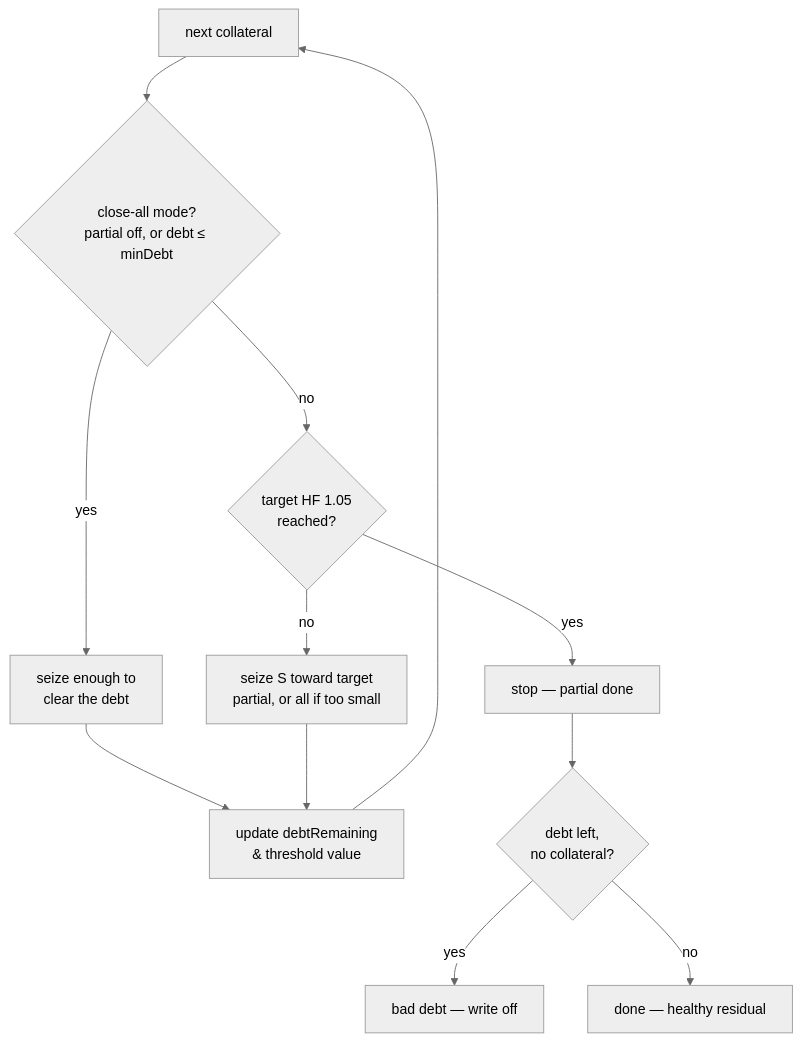
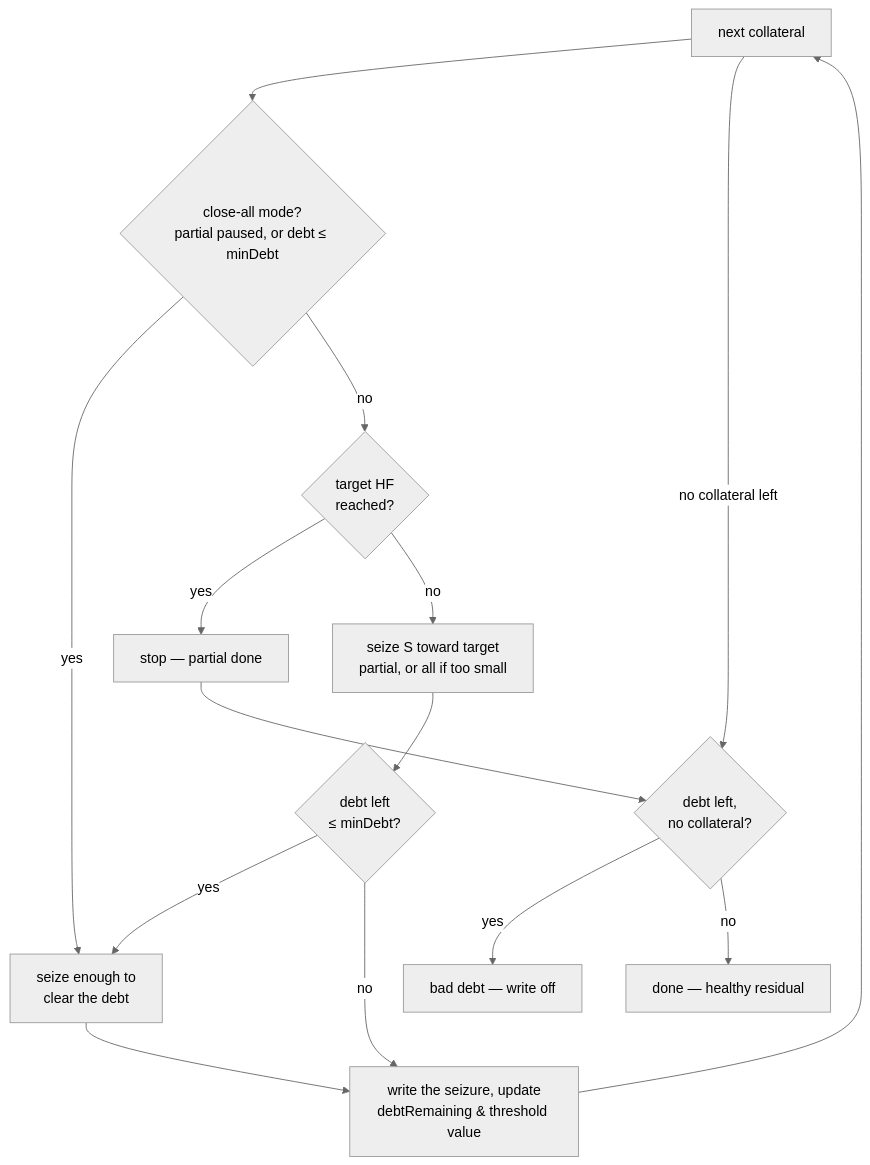
One commit to woof-software/comet changed the fourth of 6 diagrams in docs/liquidation.md. Above: the diagram before and after it, drawn with Mermaid (neutral theme). The commit also changed other lines of this file and 1 other file, not shown here.

Commit message:
docs: update document after mergin partial liq into Comet

````diff
--- a/docs/liquidation.md
+++ b/docs/liquidation.md
@@ -528,14 +461,17 @@
 ```mermaid
 flowchart TD
-    L["next collateral"] --> D1{"close-all mode?<br/>partial off, or debt ≤ minDebt"}
+    L["next collateral"] --> D1{"close-all mode?<br/>partial paused, or debt ≤ minDebt"}
     D1 -->|yes| C["seize enough to<br/>clear the debt"]
-    D1 -->|no| D2{"target HF 1.05<br/>reached?"}
+    D1 -->|no| D2{"target HF<br/>reached?"}
     D2 -->|yes| STOP["stop — partial done"]
     D2 -->|no| SZ["seize S toward target<br/>partial, or all if too small"]
-    C --> UP["update debtRemaining<br/>&amp; threshold value"]
-    SZ --> UP
+    SZ --> MG{"debt left<br/>≤ minDebt?"}
+    MG -->|yes| C
+    MG -->|no| UP
+    C --> UP["write the seizure, update<br/>debtRemaining &amp; threshold value"]
     UP --> L
+    L -->|"no collateral left"| END
     STOP --> END{"debt left,<br/>no collateral?"}
     END -->|yes| BAD["bad debt — write off"]
     END -->|no| OK["done — healthy residual"]
 ```
````
